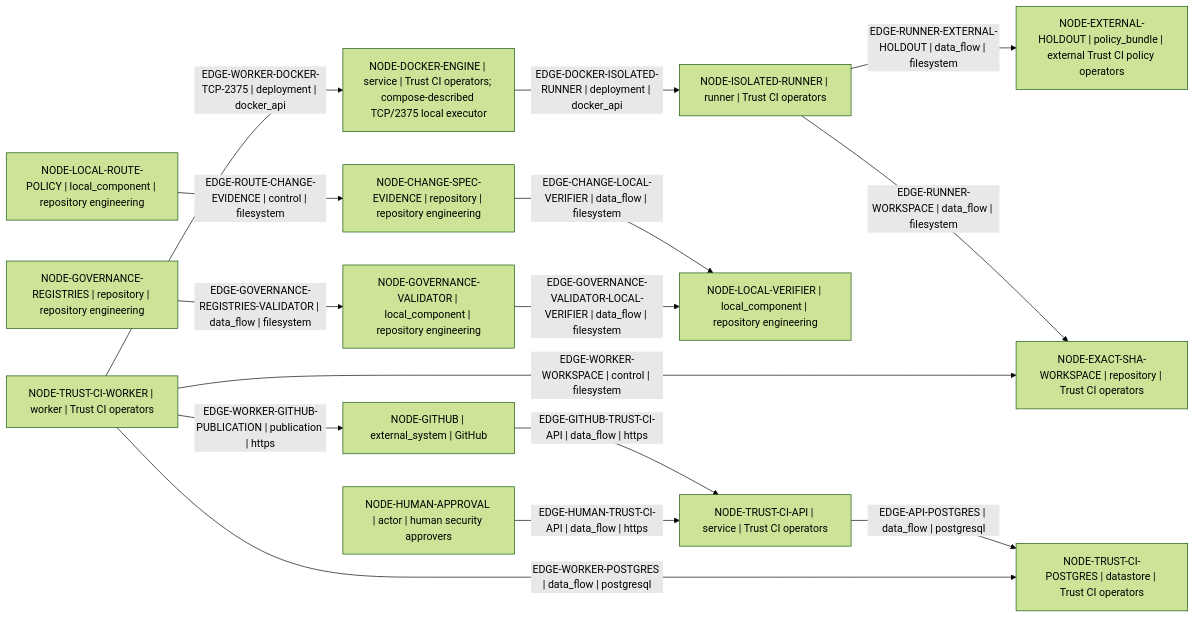
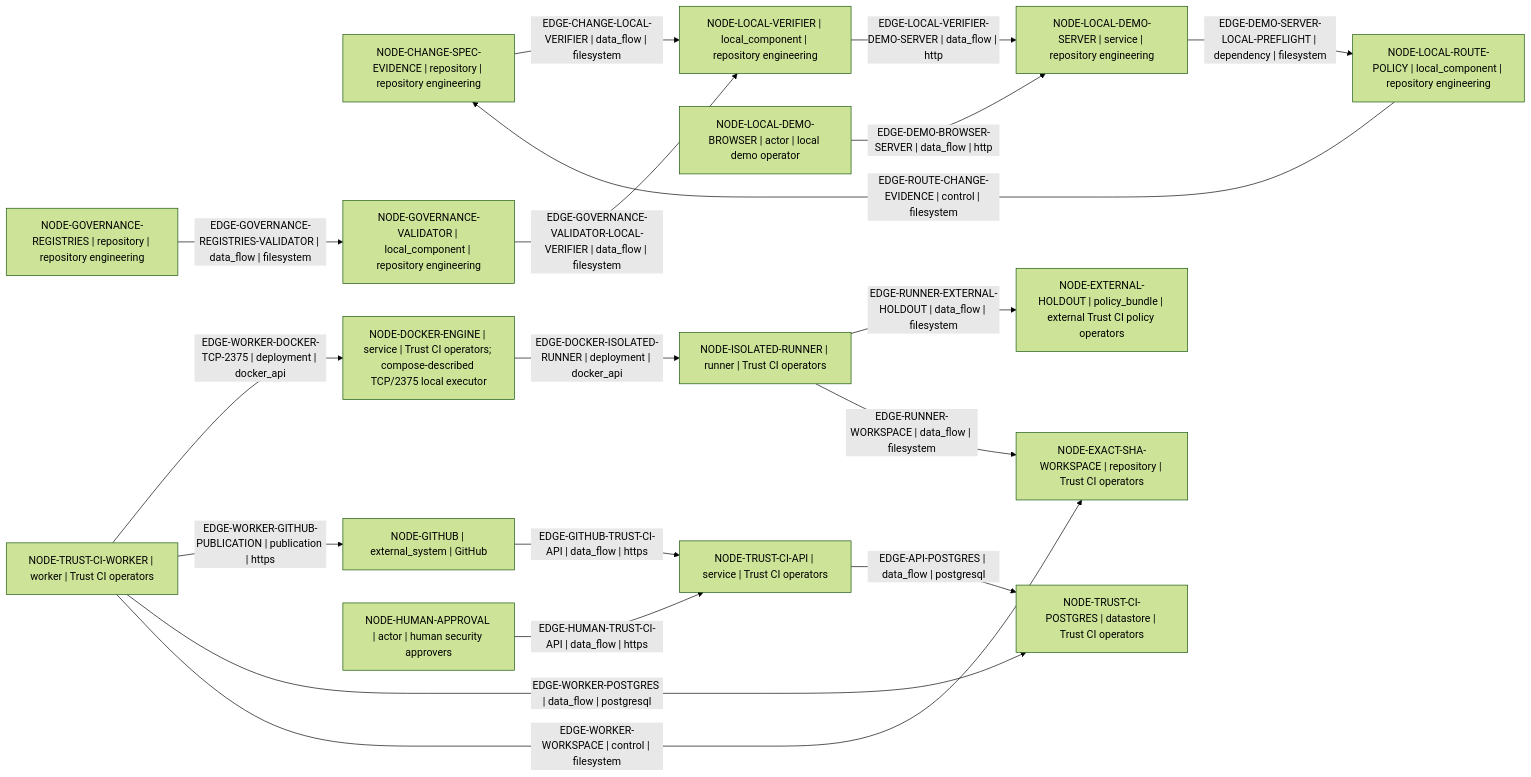
Before and after one commit to Dimkox/adaptive-grok-build-pro: the diagram in architecture/generated/container.mmd, drawn with Mermaid (forest theme). The commit also changed 26 other files, not shown here.

Commit message:
docs: approve investor demo architecture baseline

```diff
--- a/architecture/generated/container.mmd
+++ b/architecture/generated/container.mmd
@@ -1,29 +1,34 @@
 flowchart LR
   node_8938bd3db1932751["NODE-CHANGE-SPEC-EVIDENCE | repository | repository engineering"]
   node_4e78270f61d78ed8["NODE-DOCKER-ENGINE | service | Trust CI operators; compose-described TCP/2375 local executor"]
   node_2e8a7072de3f3743["NODE-EXACT-SHA-WORKSPACE | repository | Trust CI operators"]
   node_0a0fe2f046a648e9["NODE-EXTERNAL-HOLDOUT | policy_bundle | external Trust CI policy operators"]
   node_8b8a8cd21b180532["NODE-GITHUB | external_system | GitHub"]
   node_dfd1104494c6ab8f["NODE-GOVERNANCE-REGISTRIES | repository | repository engineering"]
   node_23677f8757246623["NODE-GOVERNANCE-VALIDATOR | local_component | repository engineering"]
   node_e4e37173e410ad23["NODE-HUMAN-APPROVAL | actor | human security approvers"]
   node_1c3a10ba26a8e80d["NODE-ISOLATED-RUNNER | runner | Trust CI operators"]
+  node_51536184f2d69477["NODE-LOCAL-DEMO-BROWSER | actor | local demo operator"]
+  node_b4aa1bbe20eff47c["NODE-LOCAL-DEMO-SERVER | service | repository engineering"]
   node_770cf3a1783e8525["NODE-LOCAL-ROUTE-POLICY | local_component | repository engineering"]
   node_23bed8fcbfc79861["NODE-LOCAL-VERIFIER | local_component | repository engineering"]
   node_d0e570b2fbe52f98["NODE-TRUST-CI-API | service | Trust CI operators"]
   node_1a6c7efb2d08591b["NODE-TRUST-CI-POSTGRES | datastore | Trust CI operators"]
   node_070dda93443dcc1f["NODE-TRUST-CI-WORKER | worker | Trust CI operators"]
   node_d0e570b2fbe52f98 -->|"EDGE-API-POSTGRES | data_flow | postgresql"| node_1a6c7efb2d08591b
   node_8938bd3db1932751 -->|"EDGE-CHANGE-LOCAL-VERIFIER | data_flow | filesystem"| node_23bed8fcbfc79861
+  node_51536184f2d69477 -->|"EDGE-DEMO-BROWSER-SERVER | data_flow | http"| node_b4aa1bbe20eff47c
+  node_b4aa1bbe20eff47c -->|"EDGE-DEMO-SERVER-LOCAL-PREFLIGHT | dependency | filesystem"| node_770cf3a1783e8525
   node_4e78270f61d78ed8 -->|"EDGE-DOCKER-ISOLATED-RUNNER | deployment | docker_api"| node_1c3a10ba26a8e80d
   node_8b8a8cd21b180532 -->|"EDGE-GITHUB-TRUST-CI-API | data_flow | https"| node_d0e570b2fbe52f98
   node_dfd1104494c6ab8f -->|"EDGE-GOVERNANCE-REGISTRIES-VALIDATOR | data_flow | filesystem"| node_23677f8757246623
   node_23677f8757246623 -->|"EDGE-GOVERNANCE-VALIDATOR-LOCAL-VERIFIER | data_flow | filesystem"| node_23bed8fcbfc79861
   node_e4e37173e410ad23 -->|"EDGE-HUMAN-TRUST-CI-API | data_flow | https"| node_d0e570b2fbe52f98
+  node_23bed8fcbfc79861 -->|"EDGE-LOCAL-VERIFIER-DEMO-SERVER | data_flow | http"| node_b4aa1bbe20eff47c
   node_770cf3a1783e8525 -->|"EDGE-ROUTE-CHANGE-EVIDENCE | control | filesystem"| node_8938bd3db1932751
   node_1c3a10ba26a8e80d -->|"EDGE-RUNNER-EXTERNAL-HOLDOUT | data_flow | filesystem"| node_0a0fe2f046a648e9
   node_1c3a10ba26a8e80d -->|"EDGE-RUNNER-WORKSPACE | data_flow | filesystem"| node_2e8a7072de3f3743
   node_070dda93443dcc1f -->|"EDGE-WORKER-DOCKER-TCP-2375 | deployment | docker_api"| node_4e78270f61d78ed8
   node_070dda93443dcc1f -->|"EDGE-WORKER-GITHUB-PUBLICATION | publication | https"| node_8b8a8cd21b180532
   node_070dda93443dcc1f -->|"EDGE-WORKER-POSTGRES | data_flow | postgresql"| node_1a6c7efb2d08591b
   node_070dda93443dcc1f -->|"EDGE-WORKER-WORKSPACE | control | filesystem"| node_2e8a7072de3f3743
```
